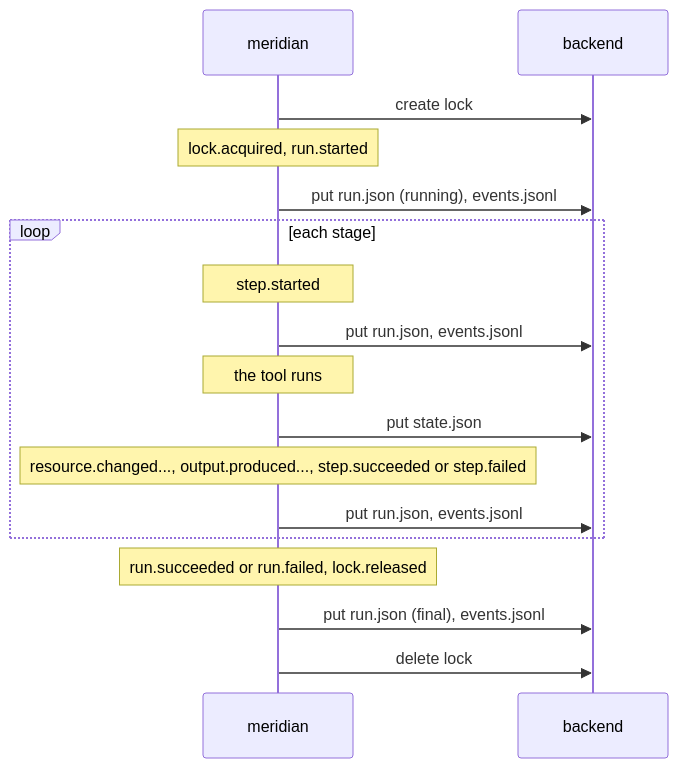
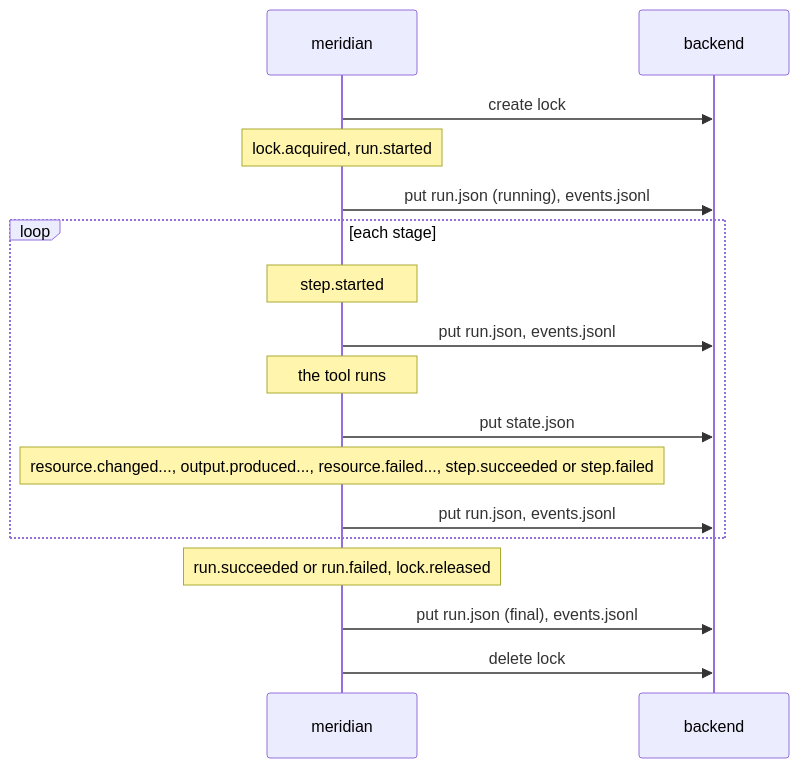
One commit to ZanattaMichael/meridian-core changed the second of 2 diagrams in docs/reference/state.md. Above: the diagram before and after it, drawn with Mermaid. The commit also changed other lines of this file and 44 other files, not shown here.

````diff
--- a/docs/reference/state.md
+++ b/docs/reference/state.md
@@ -256,19 +292,19 @@
 ```mermaid
 sequenceDiagram
     participant M as meridian
     participant B as backend
     M->>B: create lock
     Note over M: lock.acquired, run.started
     M->>B: put run.json (running), events.jsonl
     loop each stage
         Note over M: step.started
         M->>B: put run.json, events.jsonl
         Note over M: the tool runs
         M->>B: put state.json
-        Note over M: resource.changed..., output.produced..., step.succeeded or step.failed
+        Note over M: resource.changed..., output.produced..., resource.failed..., step.succeeded or step.failed
         M->>B: put run.json, events.jsonl
     end
     Note over M: run.succeeded or run.failed, lock.released
     M->>B: put run.json (final), events.jsonl
     M->>B: delete lock
 ```
````
